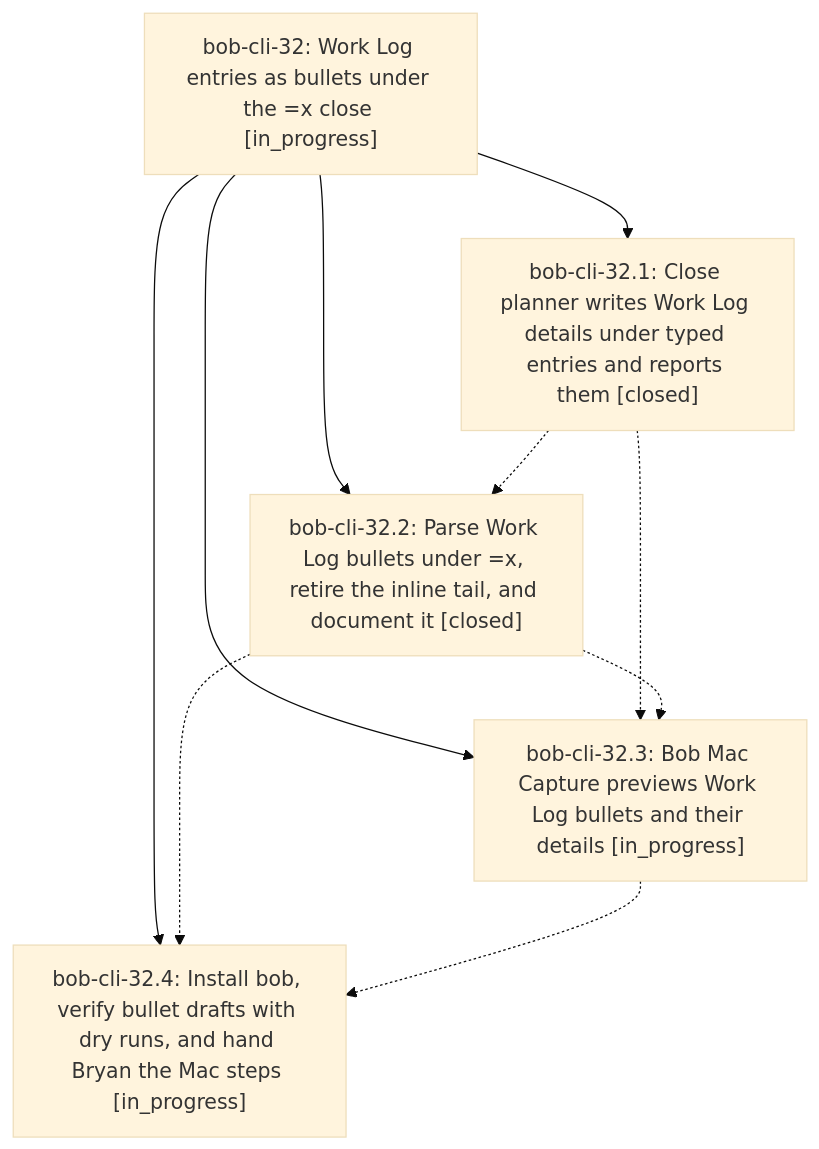
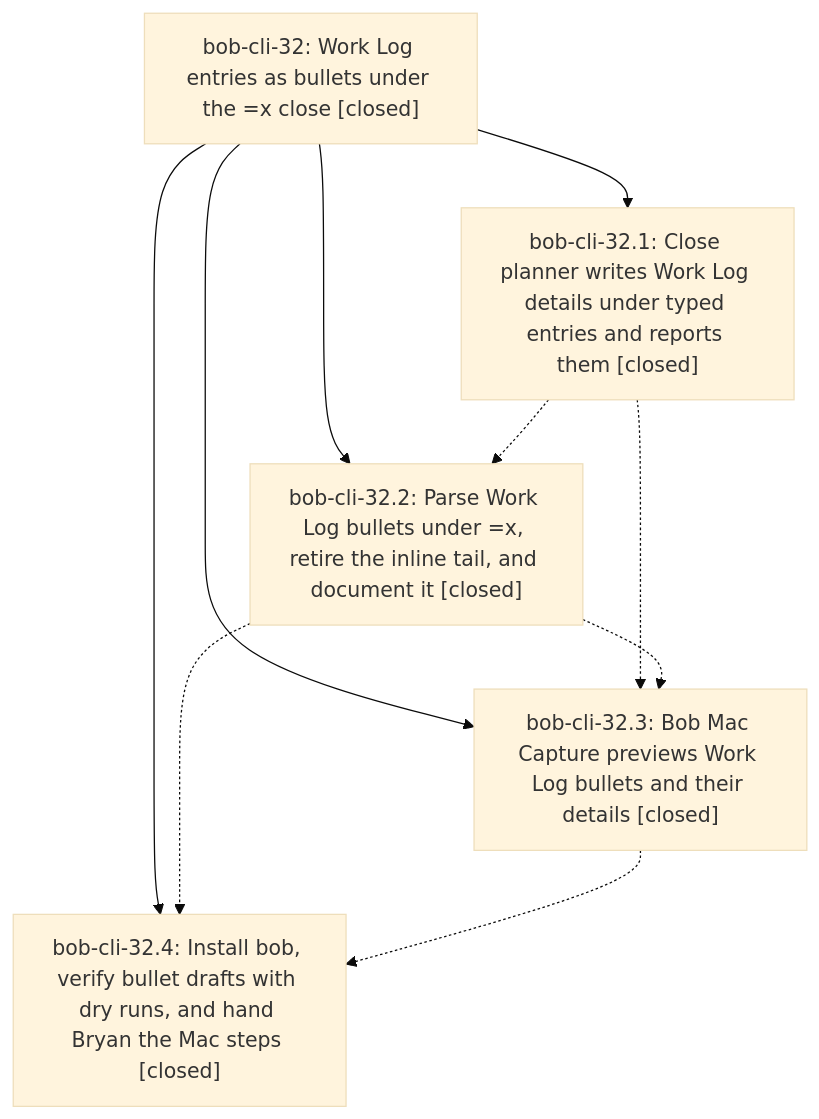
Before and after one commit to bobs-org/bob-cli--beads: the diagram in pages/bob-cli-32/README.md, drawn with Mermaid (base theme). The commit also changed other lines of this file and 4 other files, not shown here.

First line of the commit message:
chore(beads): sync bead state and pages for bob-cli-32

````diff
--- a/pages/bob-cli-32/README.md
+++ b/pages/bob-cli-32/README.md
@@ -31,17 +41,17 @@
 ```mermaid
 flowchart TD
-    n0["bob-cli-32: Work Log entries as bullets under the =x close [in_progress]"]
+    n0["bob-cli-32: Work Log entries as bullets under the =x close [closed]"]
     n1["bob-cli-32.1: Close planner writes Work Log details under typed entries and reports them [closed]"]
     n2["bob-cli-32.2: Parse Work Log bullets under =x, retire the inline tail, and document it [closed]"]
-    n3["bob-cli-32.3: Bob Mac Capture previews Work Log bullets and their details [in_progress]"]
-    n4["bob-cli-32.4: Install bob, verify bullet drafts with dry runs, and hand Bryan the Mac steps [in_progress]"]
+    n3["bob-cli-32.3: Bob Mac Capture previews Work Log bullets and their details [closed]"]
+    n4["bob-cli-32.4: Install bob, verify bullet drafts with dry runs, and hand Bryan the Mac steps [closed]"]
     n0 --> n1
     n0 --> n2
     n0 --> n3
     n0 --> n4
     n1 -.-> n2
     n1 -.-> n3
     n2 -.-> n3
     n2 -.-> n4
     n3 -.-> n4
 ```
````
